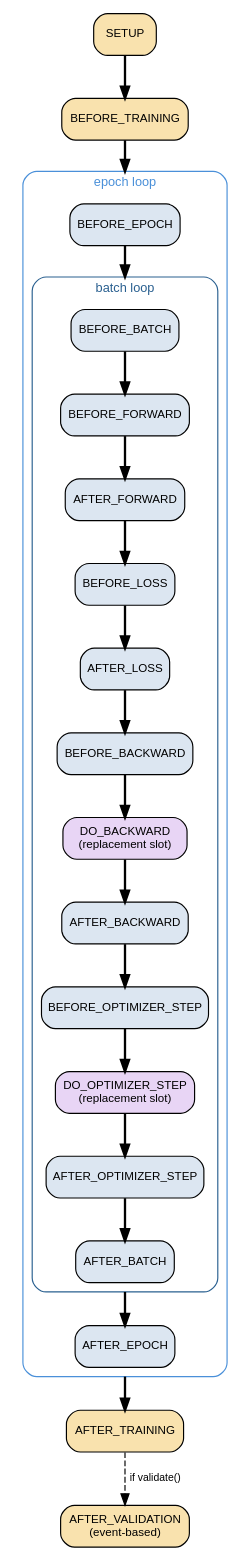
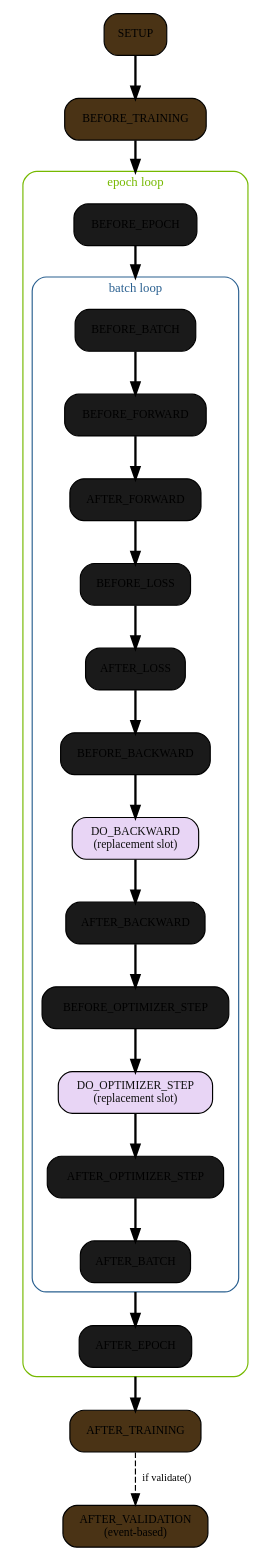
One commit to NVIDIA/nvalchemi-toolkit changed the diagram in docs/modules/training/hooks.rst. Above: the diagram before and after it, drawn with Graphviz. The commit also changed other lines of this file and 140 other files, not shown here.

```diff
--- a/docs/modules/training/hooks.rst
+++ b/docs/modules/training/hooks.rst
@@ -60,63 +60,60 @@
 .. graphviz::
    :caption: TrainingStage hook firing points across a training run.
 
    digraph training_stages {
        rankdir=TB
        compound=true
-       fontname="Helvetica"
-       node [fontname="Helvetica" fontsize=10 shape=box style="rounded,filled" fillcolor="#dce6f1"]
-       edge [fontname="Helvetica" fontsize=9 style=bold]
+       node [fontsize=10 shape=box style="rounded,filled" fillcolor="#1a1a1a"]
+       edge [fontsize=9 style=bold]
 
-       SETUP            [fillcolor="#f9e2ae"]
-       BEFORE_TRAINING  [fillcolor="#f9e2ae"]
-       AFTER_TRAINING   [fillcolor="#f9e2ae"]
-       AFTER_VALIDATION [fillcolor="#f9e2ae" label="AFTER_VALIDATION\n(event-based)"]
+       SETUP            [fillcolor="#4a3315"]
+       BEFORE_TRAINING  [fillcolor="#4a3315"]
+       AFTER_TRAINING   [fillcolor="#4a3315"]
+       AFTER_VALIDATION [fillcolor="#4a3315" label="AFTER_VALIDATION\n(event-based)"]
 
        subgraph cluster_epoch {
            label="epoch loop"
            style=rounded
-           color="#4a90d9"
-           fontcolor="#4a90d9"
-           fontname="Helvetica"
+           color="#76b900"
+           fontcolor="#76b900"
            fontsize=11
 
            BEFORE_EPOCH
            AFTER_EPOCH
 
            subgraph cluster_batch {
                label="batch loop"
                style=rounded
                color="#2a6090"
                fontcolor="#2a6090"
-               fontname="Helvetica"
                fontsize=11
 
                BEFORE_BATCH
                BEFORE_FORWARD
                AFTER_FORWARD
                BEFORE_LOSS
                AFTER_LOSS
                BEFORE_BACKWARD
-               DO_BACKWARD        [label="DO_BACKWARD\n(replacement slot)" fillcolor="#e8d5f5"]
+               DO_BACKWARD        [label="DO_BACKWARD\n(replacement slot)" fillcolor="#e8d5f5" fontcolor="#111111"]
                AFTER_BACKWARD
                BEFORE_OPTIMIZER_STEP
-               DO_OPTIMIZER_STEP  [label="DO_OPTIMIZER_STEP\n(replacement slot)" fillcolor="#e8d5f5"]
+               DO_OPTIMIZER_STEP  [label="DO_OPTIMIZER_STEP\n(replacement slot)" fillcolor="#e8d5f5" fontcolor="#111111"]
                AFTER_OPTIMIZER_STEP
                AFTER_BATCH
 
                BEFORE_BATCH -> BEFORE_FORWARD -> AFTER_FORWARD
                AFTER_FORWARD -> BEFORE_LOSS -> AFTER_LOSS
                AFTER_LOSS -> BEFORE_BACKWARD -> DO_BACKWARD -> AFTER_BACKWARD
                AFTER_BACKWARD -> BEFORE_OPTIMIZER_STEP -> DO_OPTIMIZER_STEP -> AFTER_OPTIMIZER_STEP
                AFTER_OPTIMIZER_STEP -> AFTER_BATCH
            }
 
            BEFORE_EPOCH -> BEFORE_BATCH [lhead=cluster_batch]
            AFTER_BATCH -> AFTER_EPOCH [ltail=cluster_batch]
        }
 
        SETUP -> BEFORE_TRAINING
        BEFORE_TRAINING -> BEFORE_EPOCH [lhead=cluster_epoch]
        AFTER_EPOCH -> AFTER_TRAINING [ltail=cluster_epoch]
        AFTER_TRAINING -> AFTER_VALIDATION [style=dashed label="if validate()"]
    }
```
